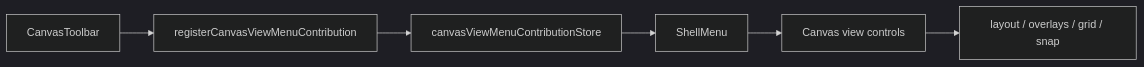
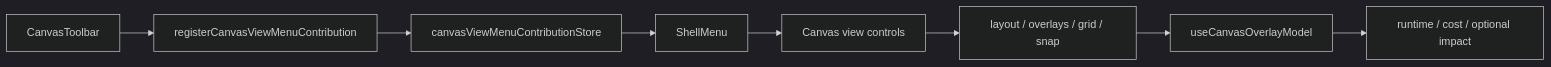
One commit to dunay2/dvt changed the second of 2 diagrams in docs/architecture/components/web/graph/canvas-view-menu-component.md. Above: the diagram before and after it, drawn with Mermaid (dark theme). The commit also changed other lines of this file and 2 other files, not shown here.

Commit message:
docs(web): Define large Canvas graph regression boundaries

````diff
--- a/docs/architecture/components/web/graph/canvas-view-menu-component.md
+++ b/docs/architecture/components/web/graph/canvas-view-menu-component.md
@@ -71,8 +77,10 @@
 ```mermaid
 flowchart LR
   CanvasToolbar["CanvasToolbar"] --> Register["registerCanvasViewMenuContribution"]
   Register --> Store["canvasViewMenuContributionStore"]
   Store --> ShellMenu["ShellMenu"]
   ShellMenu --> ViewGroup["Canvas view controls"]
   ViewGroup --> Commands["layout / overlays / grid / snap"]
+  Commands --> OverlayModel["useCanvasOverlayModel"]
+  OverlayModel --> ActiveOverlays["runtime / cost / optional impact"]
 ```
````
